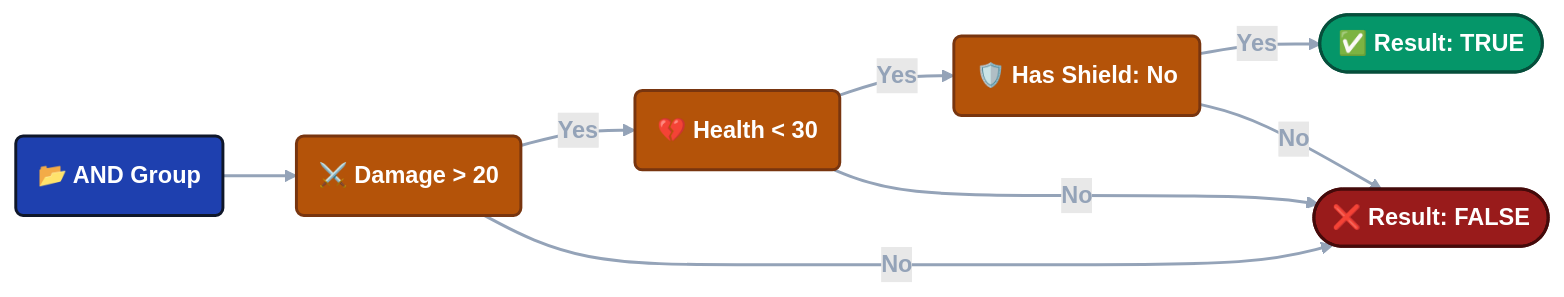
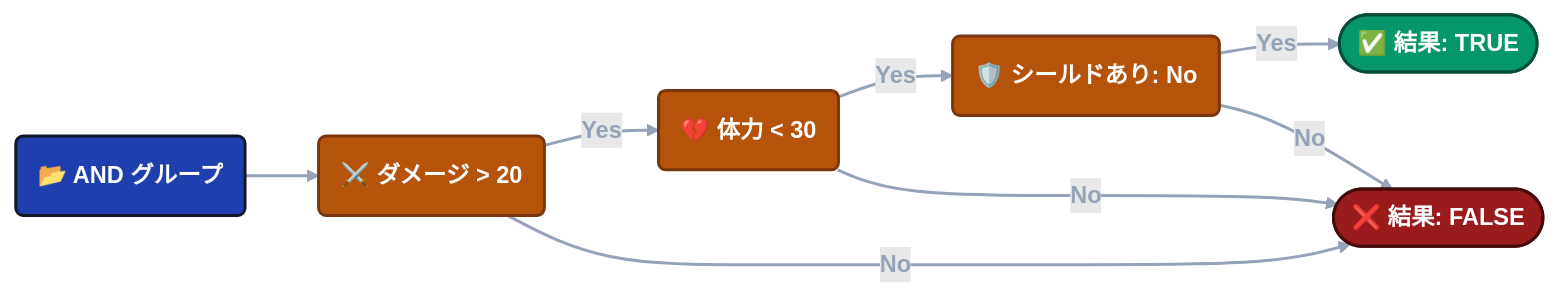
The first of 6 diagrams in i18n/ja/docusaurus-plugin-content-docs/current/game-event-system/flow-graph/game-event-node-behavior.md (tinygiants-tech/TinyGiants), drawn with Mermaid (forest theme) before and after one commit. The commit also changed other lines of this file and 81 other files, not shown here.

````diff
--- a/i18n/ja/docusaurus-plugin-content-docs/current/game-event-system/flow-graph/game-event-node-behavior.md
+++ b/i18n/ja/docusaurus-plugin-content-docs/current/game-event-system/flow-graph/game-event-node-behavior.md
@@ -122,29 +119,29 @@
 ```mermaid
 graph LR
 
-	A(📂 AND Group):::root
+	A(📂 AND グループ):::root
     
-    C1(⚔️ Damage > 20):::cond
-    C2(💔 Health < 30):::cond
-    C3(🛡️ Has Shield: No):::cond
+    C1(⚔️ ダメージ > 20):::cond
+    C2(💔 体力 < 30):::cond
+    C3(🛡️ シールドあり: No):::cond
     
-    R([✅ Result: TRUE]):::success
-    F([❌ Result: FALSE]):::fail
+    R([✅ 結果: TRUE]):::success
+    F([❌ 結果: FALSE]):::fail
 
     A --> C1
     
     C1 -- Yes --> C2
     C2 -- Yes --> C3
     C3 -- Yes --> R
 
     C1 -- No --> F
     C2 -- No --> F
     C3 -- No --> F
 
     classDef root fill:#1e40af,stroke:#0f172a,stroke-width:2px,color:#ffffff,font-weight:bold
     classDef cond fill:#b45309,stroke:#78350f,stroke-width:2px,color:#ffffff,font-weight:bold
     classDef success fill:#059669,stroke:#064e3b,stroke-width:2px,color:#ffffff,font-weight:bold
     classDef fail fill:#991b1b,stroke:#450a0a,stroke-width:2px,color:#ffffff,font-weight:bold
 
     linkStyle default stroke:#94a3b8,stroke-width:2px,color:#94a3b8
 ```
````
